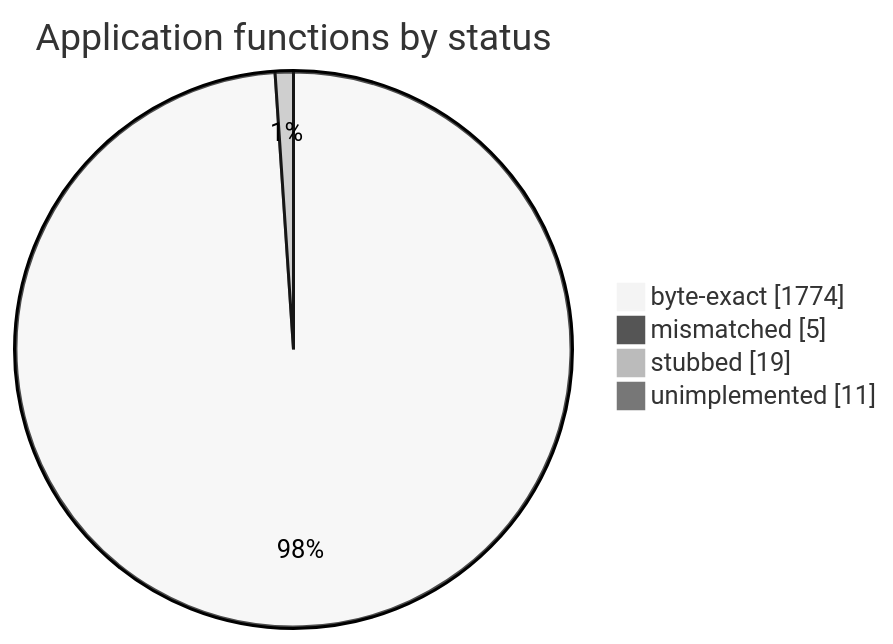
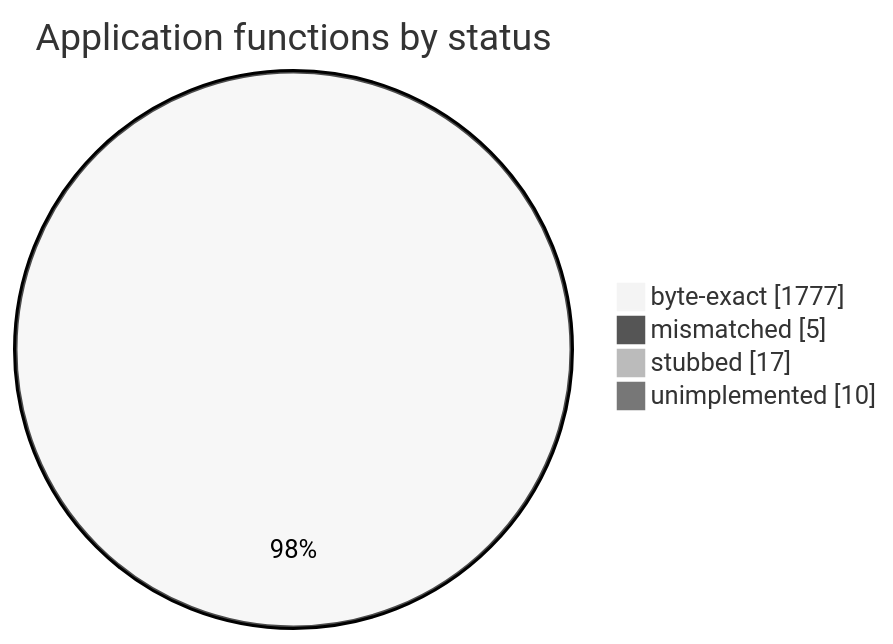
The diagram in README.md (sorokya/eos), drawn with Mermaid (neutral theme) before and after one commit. The commit also changed other lines of this file and 3 other files, not shown here.

````diff
--- a/README.md
+++ b/README.md
@@ -154,8 +154,8 @@
 ```mermaid
 pie showData
     title Application functions by status
-    "byte-exact" : 1774
+    "byte-exact" : 1777
     "mismatched" : 5
-    "stubbed" : 19
-    "unimplemented" : 11
+    "stubbed" : 17
+    "unimplemented" : 10
 ```
````
